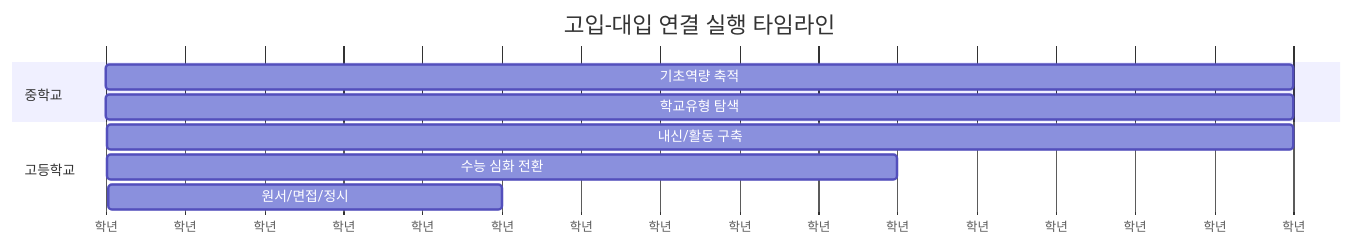
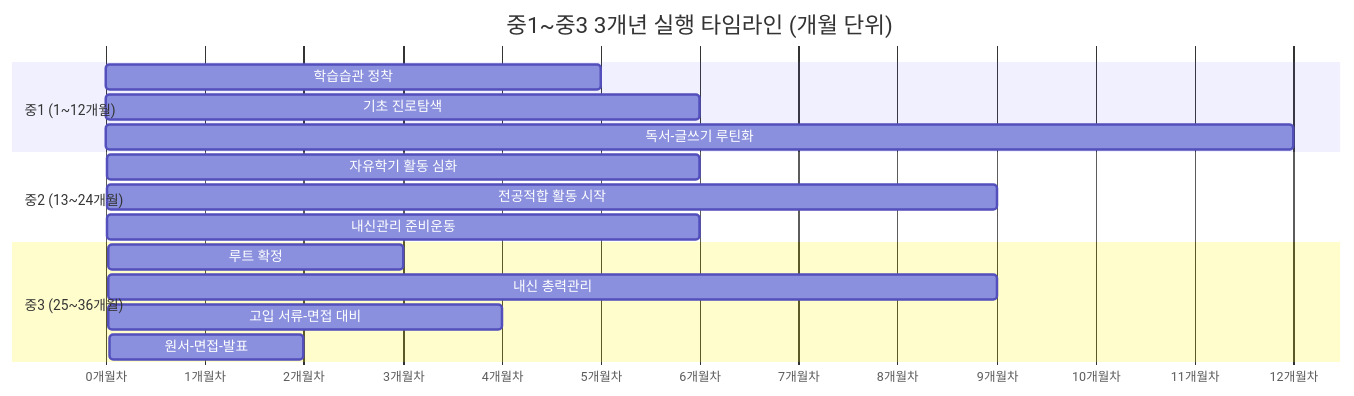
Before and after one commit to Collegenie-X/AI-career-path: the first of 4 diagrams in frontend/public/resource-hub/study_material_grade_timeline.md, drawn with Mermaid. The commit also changed other lines of this file and 63 other files, not shown here.

````diff
--- a/frontend/public/resource-hub/study_material_grade_timeline.md
+++ b/frontend/public/resource-hub/study_material_grade_timeline.md
@@ -5,13 +23,19 @@
 ```mermaid
 gantt
-  title 고입-대입 연결 실행 타임라인
+  title 중1~중3 3개년 실행 타임라인 (개월 단위)
   dateFormat X
-  axisFormat 학년
-  section 중학교
-  기초역량 축적: 0, 3
-  학교유형 탐색: 1, 3
-  section 고등학교
-  내신/활동 구축: 3, 3
-  수능 심화 전환: 4, 2
-  원서/면접/정시: 5, 1
+  axisFormat %s개월차
+  section 중1 (1~12개월)
+  학습습관 정착 : 0, 5
+  기초 진로탐색 : 3, 6
+  독서-글쓰기 루틴화 : 0, 12
+  section 중2 (13~24개월)
+  자유학기 활동 심화 : 12, 6
+  전공적합 활동 시작 : 15, 9
+  내신관리 준비운동 : 18, 6
+  section 중3 (25~36개월)
+  루트 확정 : 24, 3
+  내신 총력관리 : 24, 9
+  고입 서류-면접 대비 : 30, 4
+  원서-면접-발표 : 34, 2
 ```
````
